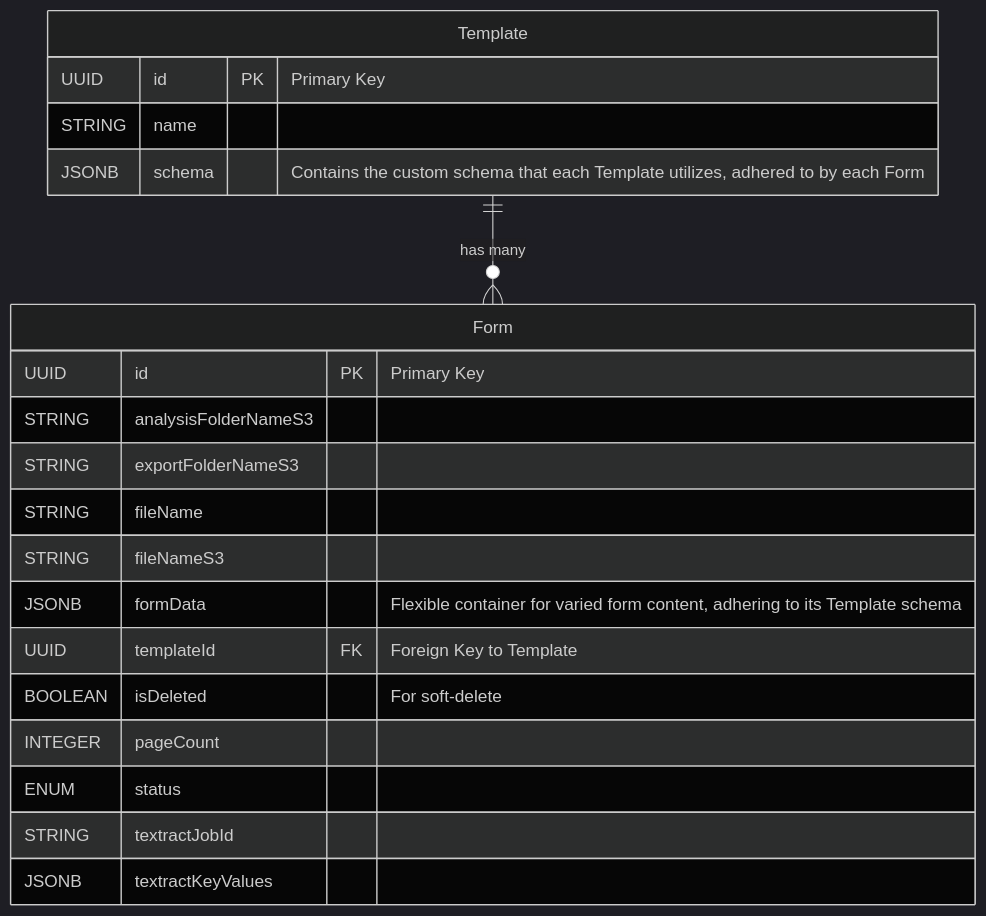
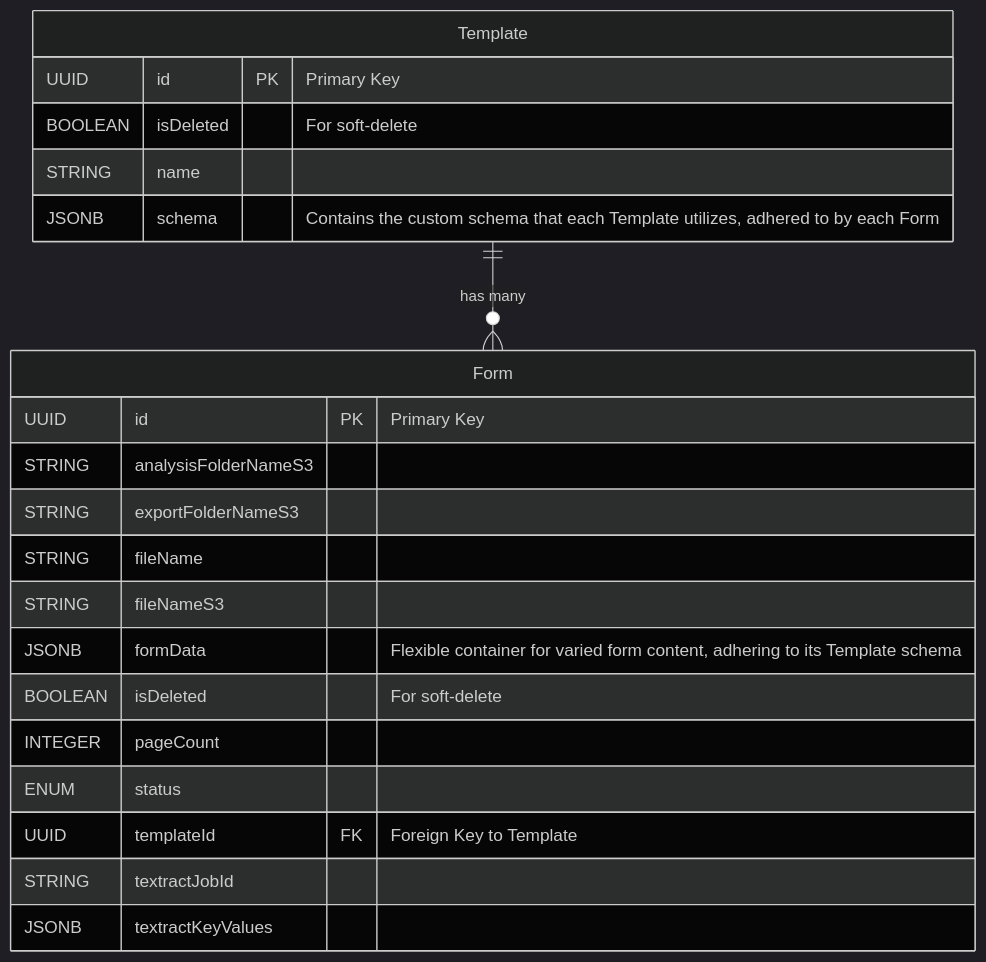
The third of 4 diagrams in README.md (rob-mosher/form-toolbox-app), drawn with Mermaid (dark theme) before and after one commit. The commit also changed 8 other files, not shown here.

First line of the commit message:
Add template delete functionality

````diff
--- a/README.md
+++ b/README.md
@@ -115,25 +115,26 @@
 ```mermaid
 erDiagram
   Form {
     UUID id PK "Primary Key"
     STRING analysisFolderNameS3
     STRING exportFolderNameS3
     STRING fileName
     STRING fileNameS3
     JSONB formData "Flexible container for varied form content, adhering to its Template schema"
-    UUID templateId FK "Foreign Key to Template"
     BOOLEAN isDeleted "For soft-delete"
     INTEGER pageCount
     ENUM status
+    UUID templateId FK "Foreign Key to Template"
     STRING textractJobId
     JSONB textractKeyValues
   }
 
   Template {
     UUID id PK "Primary Key"
+    BOOLEAN isDeleted "For soft-delete"
     STRING name
     JSONB schema "Contains the custom schema that each Template utilizes, adhered to by each Form"
   }
 
 Template ||--o{ Form : "has many"
 ```
````
